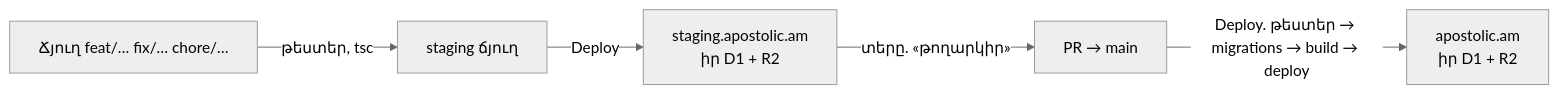
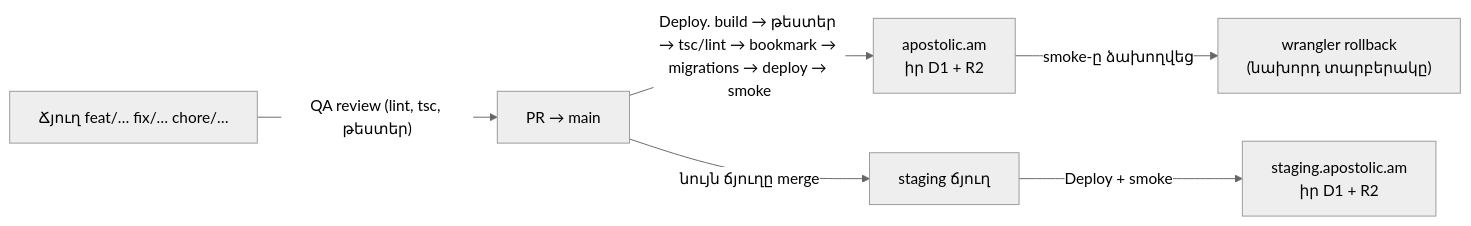
One commit to T0n0yan/armenian-apostolic-digital-library changed diagram 21 of 25 in docs/ARCHITECTURE.md. Above: the diagram before and after it, drawn with Mermaid (neutral theme). The commit also changed other lines of this file and 1 other file, not shown here.

First line of the commit message:
ARCHITECTURE. cache, deploy-ի smoke/rollback, սխալներ, փոքր պատկերներ

````diff
--- a/docs/ARCHITECTURE.md
+++ b/docs/ARCHITECTURE.md
@@ -634,7 +641,7 @@
 ```mermaid
 flowchart LR
-  BR["Ճյուղ feat/… fix/… chore/…"] -->|"թեստեր, tsc"| ST["staging ճյուղ"]
-  ST -->|"Deploy"| STS["staging.apostolic.am<br/>իր D1 + R2"]
-  STS -->|"տերը. «թողարկիր»"| PR["PR → main"]
-  PR -->|"Deploy. թեստեր → migrations → build → deploy"| PROD["apostolic.am<br/>իր D1 + R2"]
+  BR["Ճյուղ feat/… fix/… chore/…"] -->|"QA review (lint, tsc, թեստեր)"| PR["PR → main"]
+  PR -->|"Deploy. build → թեստեր → tsc/lint → bookmark → migrations → deploy → smoke"| PROD["apostolic.am<br/>իր D1 + R2"]
+  PROD -->|"smoke-ը ձախողվեց"| RB["wrangler rollback<br/>(նախորդ տարբերակը)"]
+  PR -->|"նույն ճյուղը merge"| ST["staging ճյուղ"] -->|"Deploy + smoke"| STS["staging.apostolic.am<br/>իր D1 + R2"]
 ```
````
